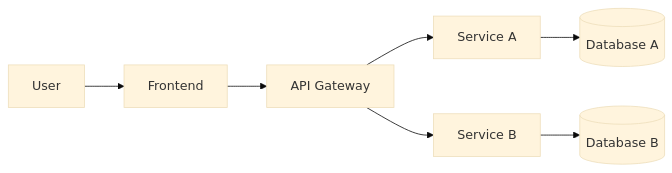
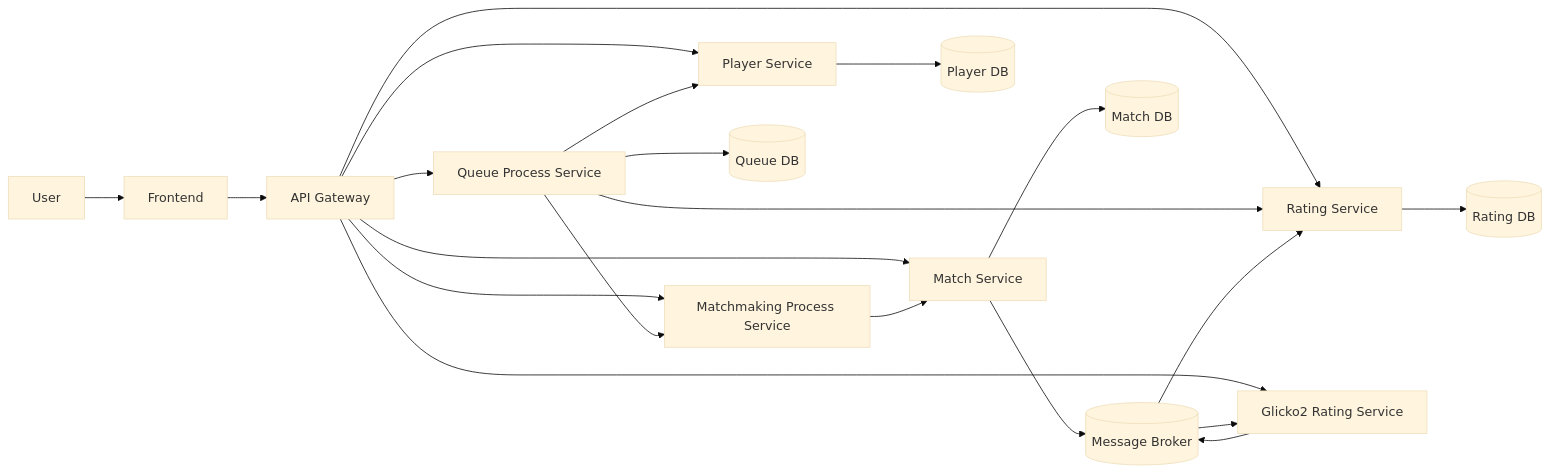
One commit to dpbL5/glicko2-matchmaking-system changed the diagram in docs/architecture.md. Above: the diagram before and after it, drawn with Mermaid (base theme). The commit also changed other lines of this file and 16 other files, not shown here.

````diff
--- a/docs/architecture.md
+++ b/docs/architecture.md
@@ -97,9 +114,25 @@
 ```mermaid
 graph LR
     U[User] --> FE[Frontend]
     FE --> GW[API Gateway]
-    GW --> SA[Service A]
-    GW --> SB[Service B]
-    SA --> DB1[(Database A)]
-    SB --> DB2[(Database B)]
+    GW --> PS[Player Service]
+    GW --> MS[Match Service]
+    GW --> QS[Queue Process Service]
+    GW --> MPS[Matchmaking Process Service]
+    GW --> RS[Rating Service]
+    GW --> G2[Glicko2 Rating Service]
+
+    QS --> PS
+    QS --> RS
+    QS --> MPS
+    MPS --> MS
+    MS --> MB[(Message Broker)]
+    MB --> G2
+    G2 --> MB
+    MB --> RS
+
+    PS --> PDB[(Player DB)]
+    MS --> MDB[(Match DB)]
+    QS --> QDB[(Queue DB)]
+    RS --> RDB[(Rating DB)]
 ```
````
